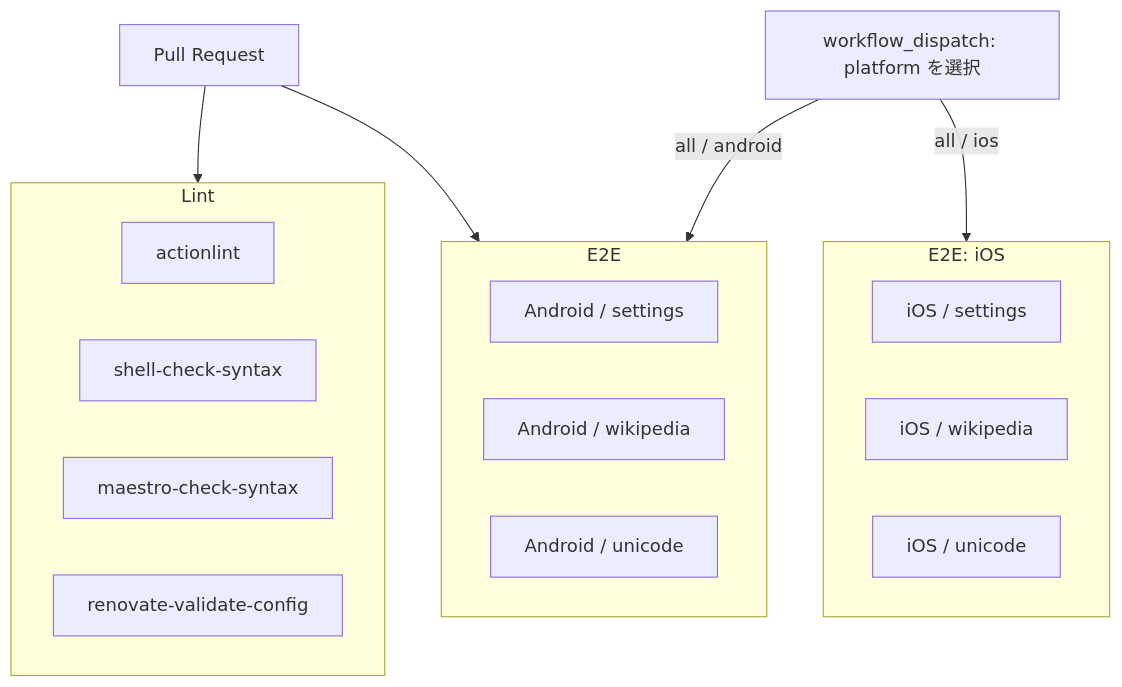
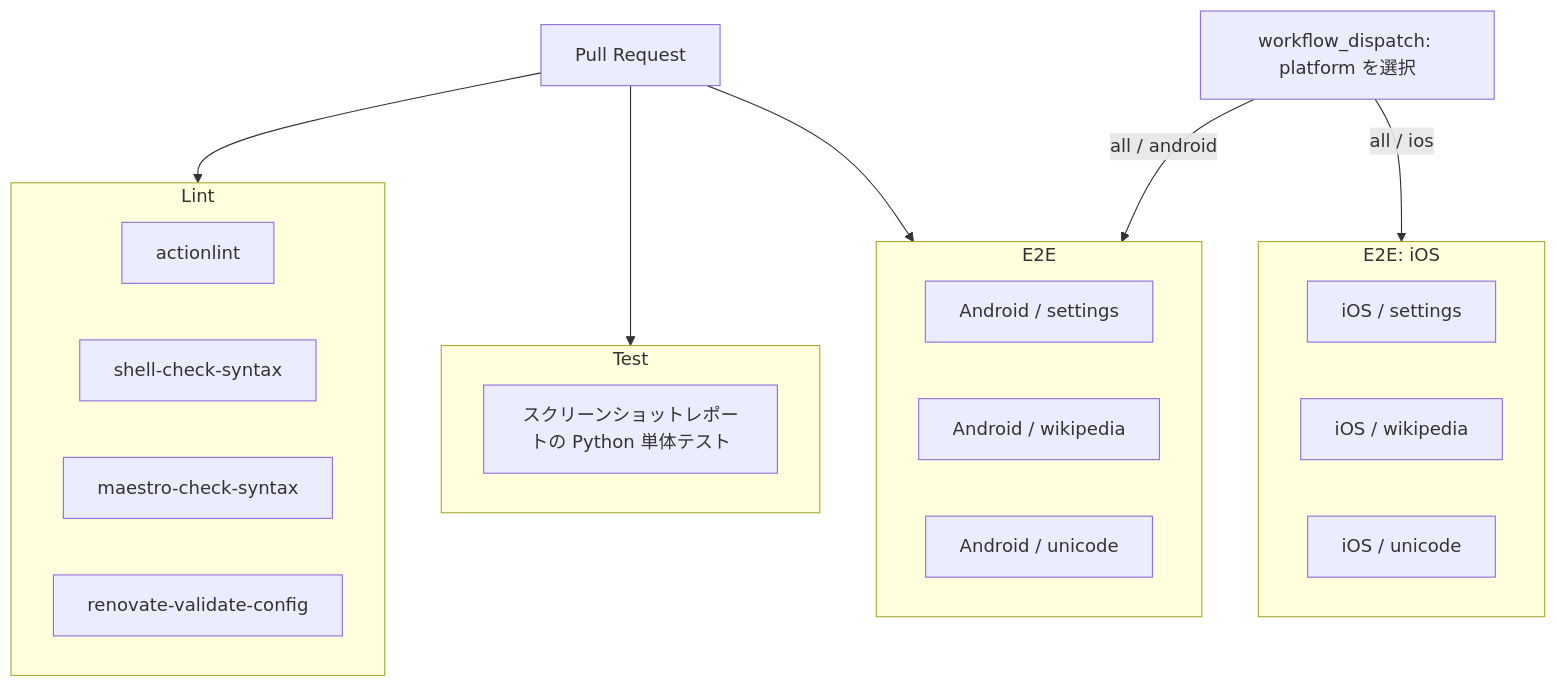
The fourth of 6 diagrams in docs/ARCHITECTURE.md (gkzz/maestro-playground), drawn with Mermaid before and after one commit. The commit also changed other lines of this file and 12 other files, not shown here.

````diff
--- a/docs/ARCHITECTURE.md
+++ b/docs/ARCHITECTURE.md
@@ -100,29 +100,34 @@
 ```mermaid
 flowchart TB
   pr[Pull Request]
   dispatch[workflow_dispatch: platform を選択]
 
   subgraph lint[Lint]
     actionlint[actionlint]
     shell[shell-check-syntax]
     syntax[maestro-check-syntax]
     renovate[renovate-validate-config]
+  end
+
+  subgraph test[Test]
+    screenshotTests[スクリーンショットレポートの Python 単体テスト]
   end
 
   subgraph e2e[E2E]
     androidSettings[Android / settings]
     androidWikipedia[Android / wikipedia]
     androidUnicode[Android / unicode]
   end
 
   subgraph iosE2E[E2E: iOS]
     iosSettings[iOS / settings]
     iosWikipedia[iOS / wikipedia]
     iosUnicode[iOS / unicode]
   end
 
   pr --> lint
+  pr --> test
   pr --> e2e
   dispatch -->|all / android| e2e
   dispatch -->|all / ios| iosE2E
 ```
````
